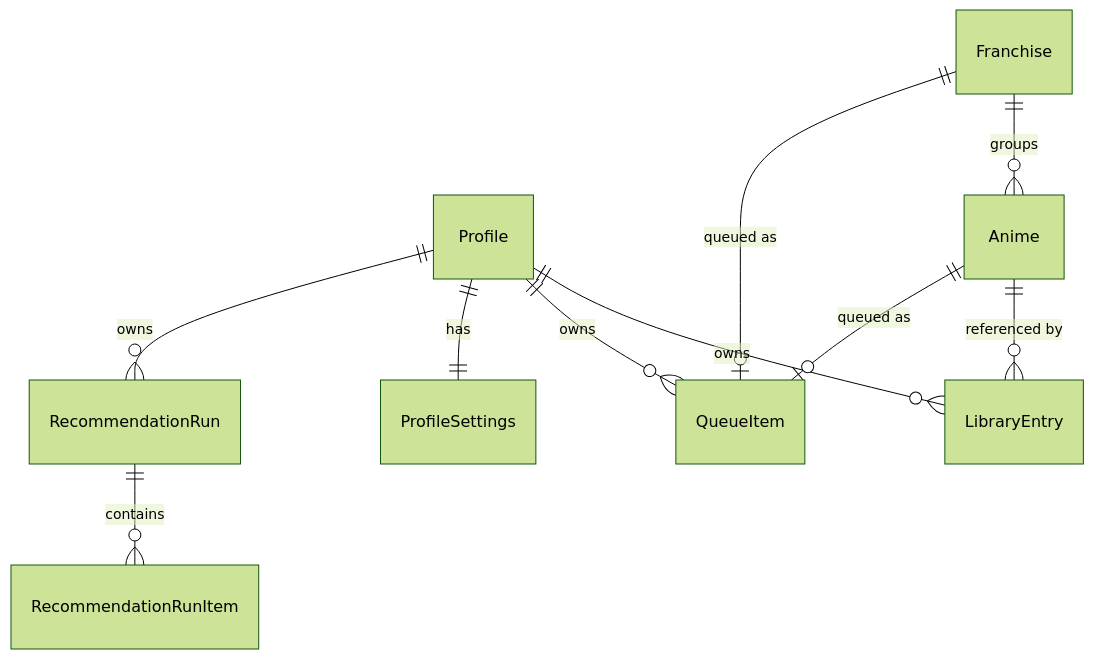
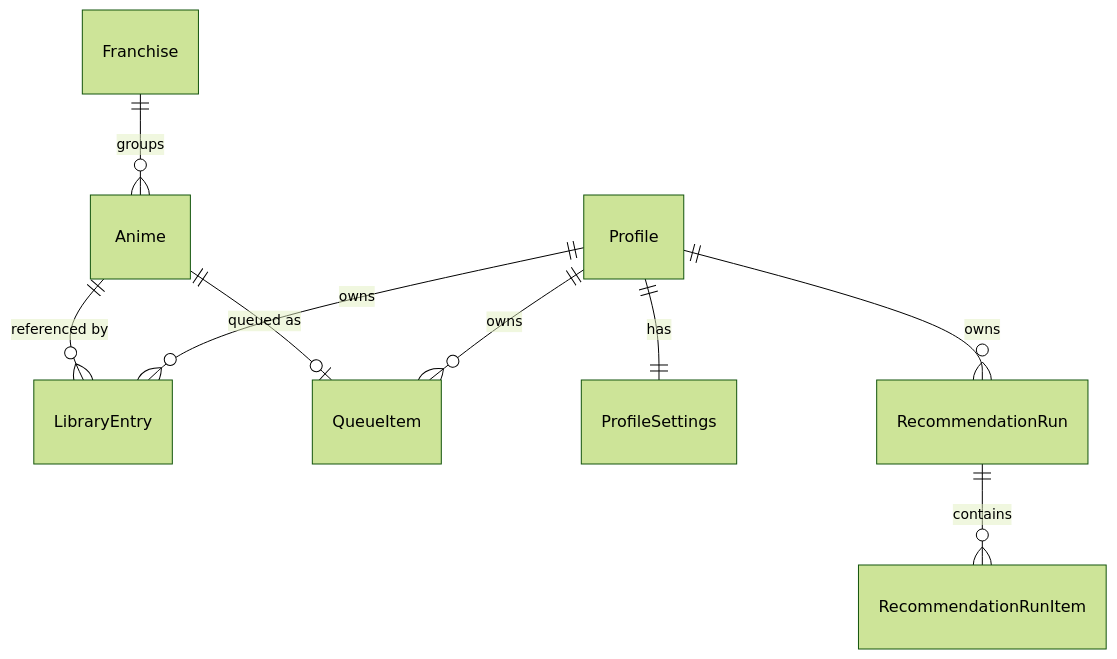
One commit to carlocgc/AniQueue changed the diagram in docs/ROADMAP.md. Above: the diagram before and after it, drawn with Mermaid (forest theme). The commit also changed other lines of this file and 16 other files, not shown here.

First line of the commit message:
D15: a franchise groups titles, it does not occupy a queue slot

````diff
--- a/docs/ROADMAP.md
+++ b/docs/ROADMAP.md
@@ -359,12 +438,11 @@
 ```mermaid
 erDiagram
     Profile ||--o{ LibraryEntry : owns
     Profile ||--o{ QueueItem : owns
     Profile ||--|| ProfileSettings : has
     Profile ||--o{ RecommendationRun : owns
     Anime ||--o{ LibraryEntry : "referenced by"
     Franchise ||--o{ Anime : groups
     Anime ||--o| QueueItem : "queued as"
-    Franchise ||--o| QueueItem : "queued as"
     RecommendationRun ||--o{ RecommendationRunItem : contains
 ```
````
